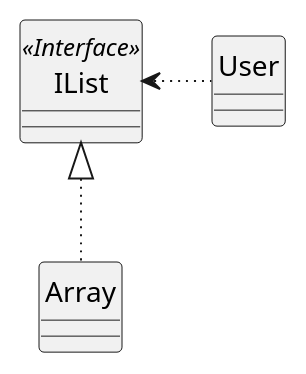
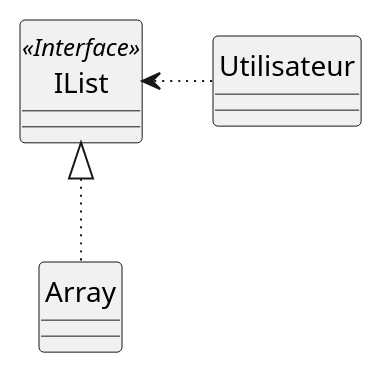
One commit to gigl-uml/Guide_uml_polymtl changed the diagram in plant_uml/interfaceStandardNotationExample2.plantuml. Above: the diagram before and after it, drawn with PlantUML. The commit also changed 18 other files, not shown here.

```diff
--- a/plant_uml/interfaceStandardNotationExample2.plantuml
+++ b/plant_uml/interfaceStandardNotationExample2.plantuml
@@ -1,12 +1,12 @@
 @startuml
 hide circle
 skinparam backgroundcolor transparent
 class IList <<Interface>> 
 class Array
-class User 
+class Utilisateur 
 
 
 Array -u[dotted]-|> IList
-IList <-r[dotted]- User
+IList <-r[dotted]- Utilisateur
 
 @enduml
```
